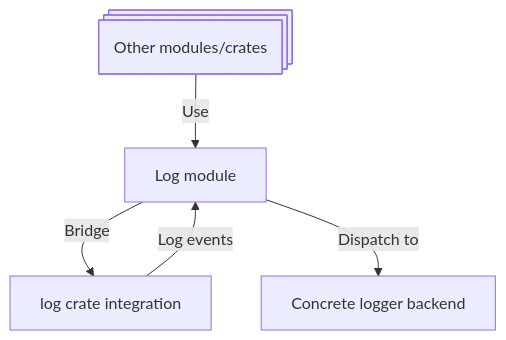
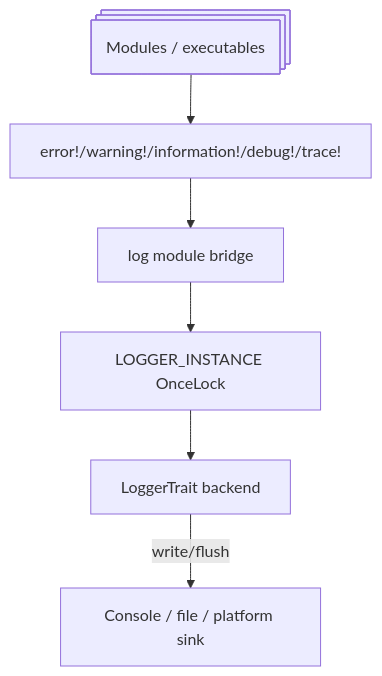
The diagram in src/guide/architecture/modules/log.md (Xila-Project/Website), drawn with Mermaid before and after one commit. The commit also changed 7 other files, not shown here.

Commit message:
feat: update architecture diagrams for modules with improved clarity and detail

````diff
--- a/src/guide/architecture/modules/log.md
+++ b/src/guide/architecture/modules/log.md
@@ -33,13 +33,14 @@
 ```mermaid
 graph TD
-    A@{ shape: processes, label: "Other modules/crates" }
-    Log_crate[log crate integration]
-    Log_module[Log module]
-    Driver
+    Clients@{ shape: processes, label: "Modules / executables" }
+    Macros[error!/warning!/information!/debug!/trace!]
+    Bridge[log module bridge]
+    Once[LOGGER_INSTANCE OnceLock]
+    Backend[LoggerTrait backend]
 
-    A -->|Use| Log_module
-    Log_module -->|Bridge| Log_crate
-    Log_crate -->|Log events| Log_module
-
-    Log_module -->|Dispatch to| Driver[Concrete logger backend]
+    Clients --> Macros
+    Macros --> Bridge
+    Bridge --> Once
+    Once --> Backend
+    Backend -->|write/flush| Output[Console / file / platform sink]
 ```
````
